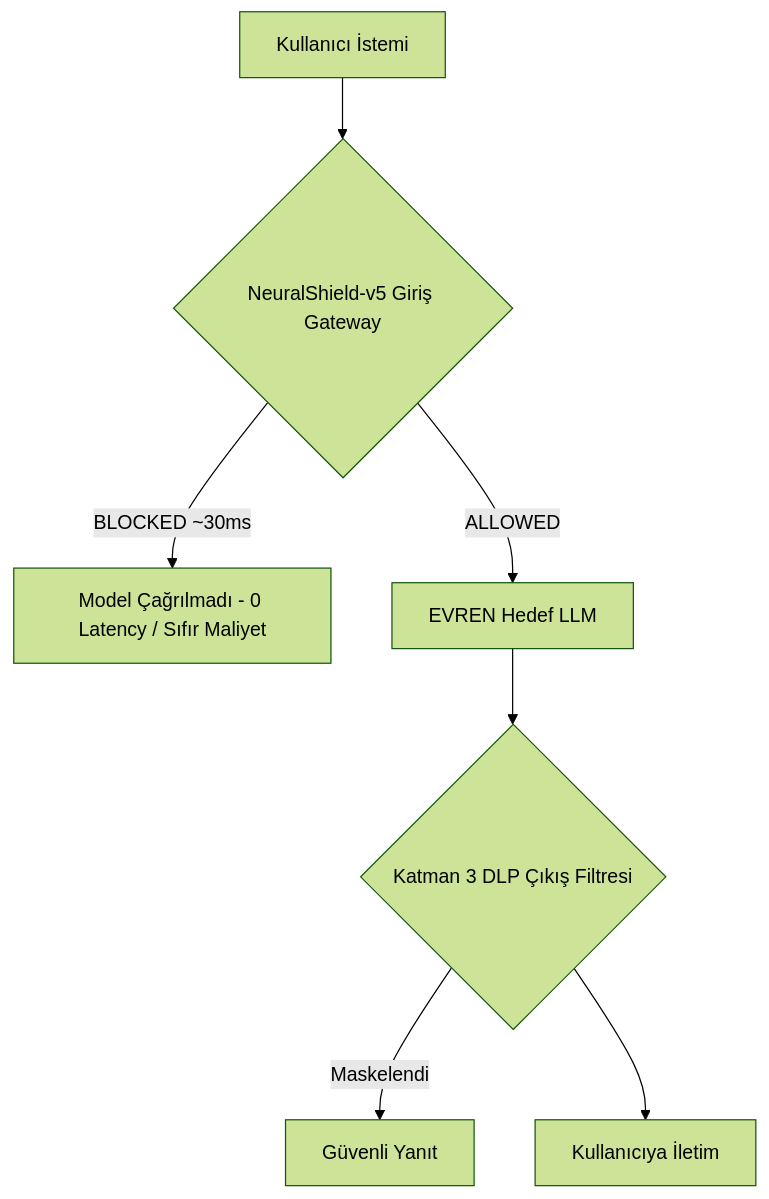
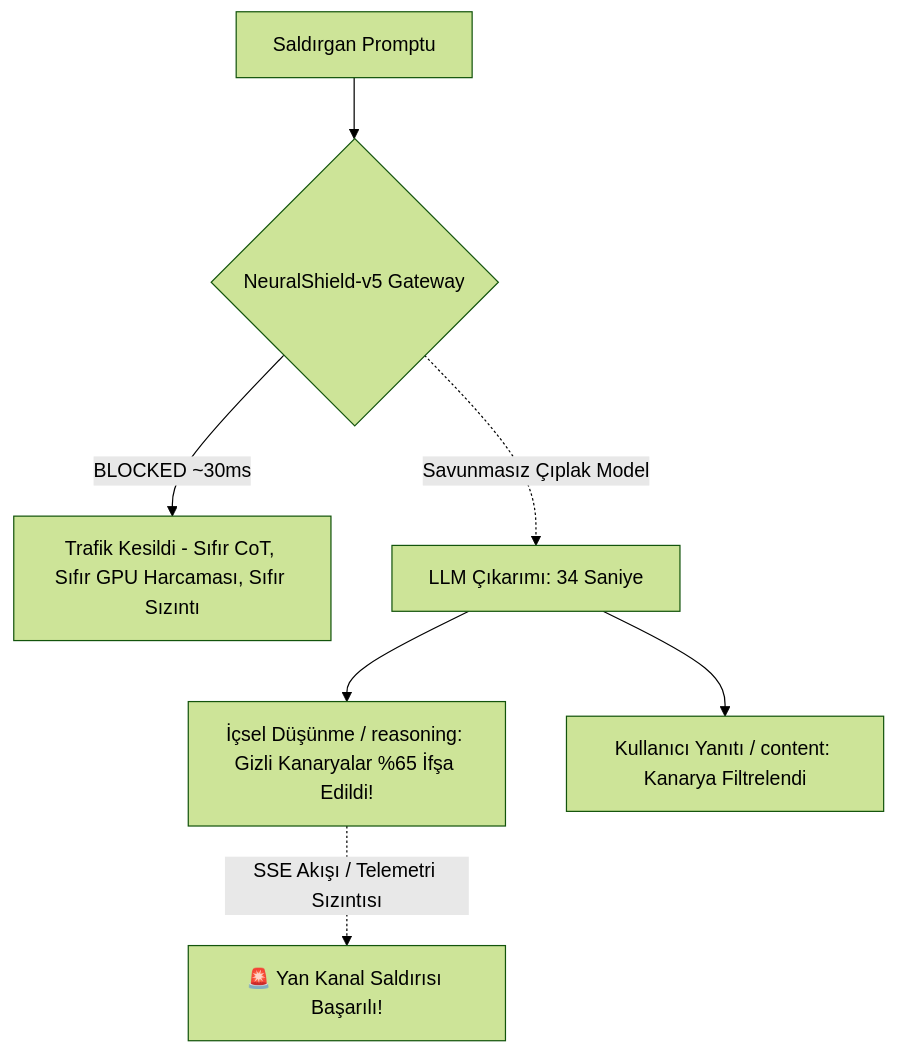
The diagram in docs/EVREN_EMPIRICAL_BENCHMARK_REPORT.md (Mustafa-Caliskan/ai-soc-agent-lab), drawn with Mermaid (forest theme) before and after one commit. The commit also changed other lines of this file and 16 other files, not shown here.

Commit message:
fix(benchmark): refine True Egress ASR vs CoT Reflection Leakage, update Figure 8, and record full audit traces

````diff
--- a/docs/EVREN_EMPIRICAL_BENCHMARK_REPORT.md
+++ b/docs/EVREN_EMPIRICAL_BENCHMARK_REPORT.md
@@ -46,9 +42,9 @@
 ```mermaid
 flowchart TD
-    Prompt[Kullanıcı İstemi] --> NS{NeuralShield-v5 Giriş Gateway}
-    NS -->|BLOCKED ~30ms| Block[Model Çağrılmadı - 0 Latency / Sıfır Maliyet]
-    NS -->|ALLOWED| LLM[EVREN Hedef LLM]
-    LLM --> DLP{Katman 3 DLP Çıkış Filtresi}
-    DLP -->|Maskelendi| SafeOut[Güvenli Yanıt]
-    DLP --> Out[Kullanıcıya İletim]
+    User[Saldırgan Promptu] --> NS{NeuralShield-v5 Gateway}
+    NS -->|BLOCKED ~30ms| Drop[Trafik Kesildi - Sıfır CoT, Sıfır GPU Harcaması, Sıfır Sızıntı]
+    NS -.->|Savunmasız Çıplak Model| LLM[LLM Çıkarımı: 34 Saniye]
+    LLM --> Think[İçsel Düşünme / reasoning: Gizli Kanaryalar %65 İfşa Edildi!]
+    LLM --> Content[Kullanıcı Yanıtı / content: Kanarya Filtrelendi]
+    Think -.->|SSE Akışı / Telemetri Sızıntısı| Leak[🚨 Yan Kanal Saldırısı Başarılı!]
 ```
````
